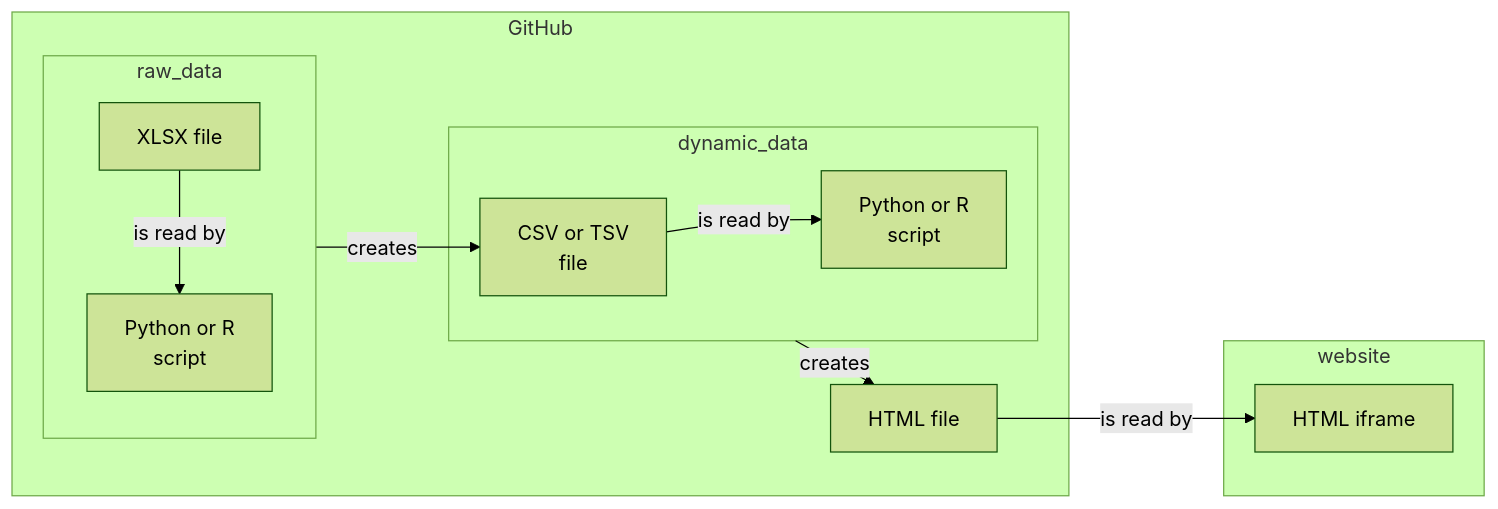
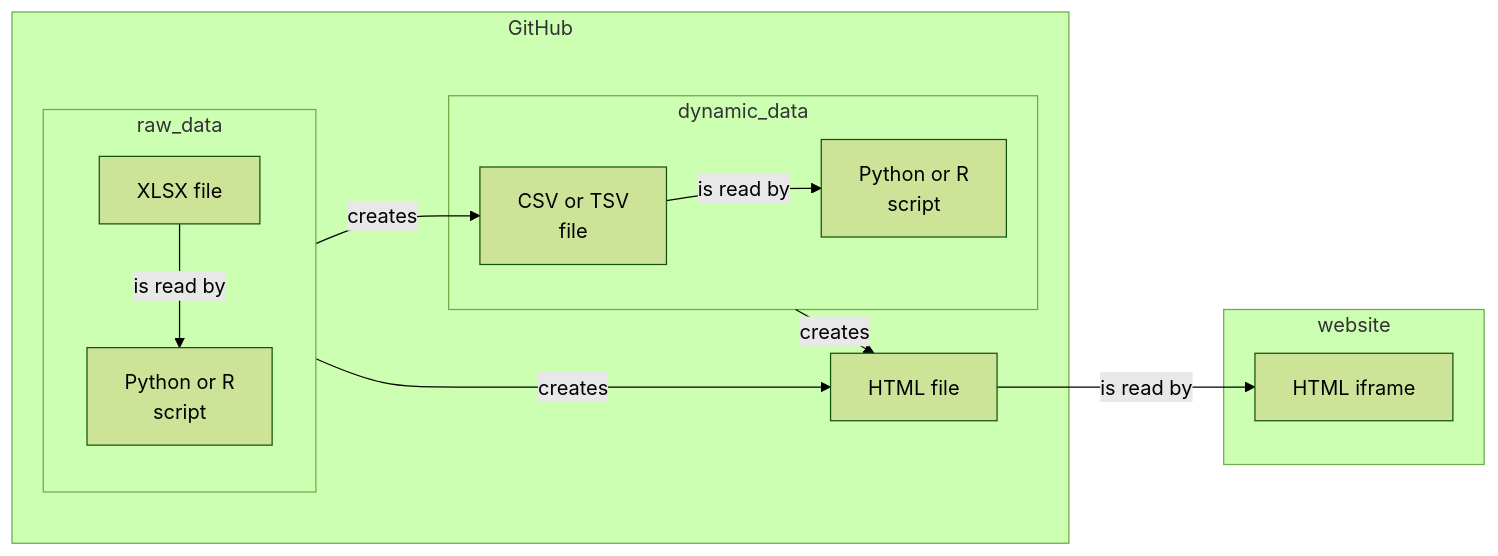
The first of 4 diagrams in dev/README.md (eamena-project/eamena-arches-dev), drawn with Mermaid (forest theme) before and after one commit.

````diff
--- a/dev/README.md
+++ b/dev/README.md
@@ -14,23 +14,24 @@
 ```mermaid
 flowchart LR
   subgraph GitHub
   subgraph raw_data
     A[XLSX file] --is read by--> B[Python or R<br>script];
   end
   subgraph dynamic_data
     C[CSV or TSV<br>file];
     D[Python or R<br>script];
   end
   raw_data --creates--> C;
   C --is read by--> D
   dynamic_data --creates--> E[HTML file]
+  raw_data --creates--> E[HTML file]
   end
   subgraph website
     F[website]
   end
   E -- is read by --> F[HTML iframe]
 
   click A "https://github.com/eamena-project/eamena-arches-dev/blob/main/dbs/database.eamena/data/reference_data/rm/hp/mds/mds-template.xlsx" _blank
   click B "https://github.com/eamena-project/eamena-arches-dev/blob/main/dbs/database.eamena/data/reference_data/rm/hp/mds/ref_hp_field_description.R" _blank
   click E "https://eamena-project.github.io/eamena-arches-dev/dbs/database.eamena/data/reference_data/rm/hp/mds/fields-description.html" _blank
 ```
````
